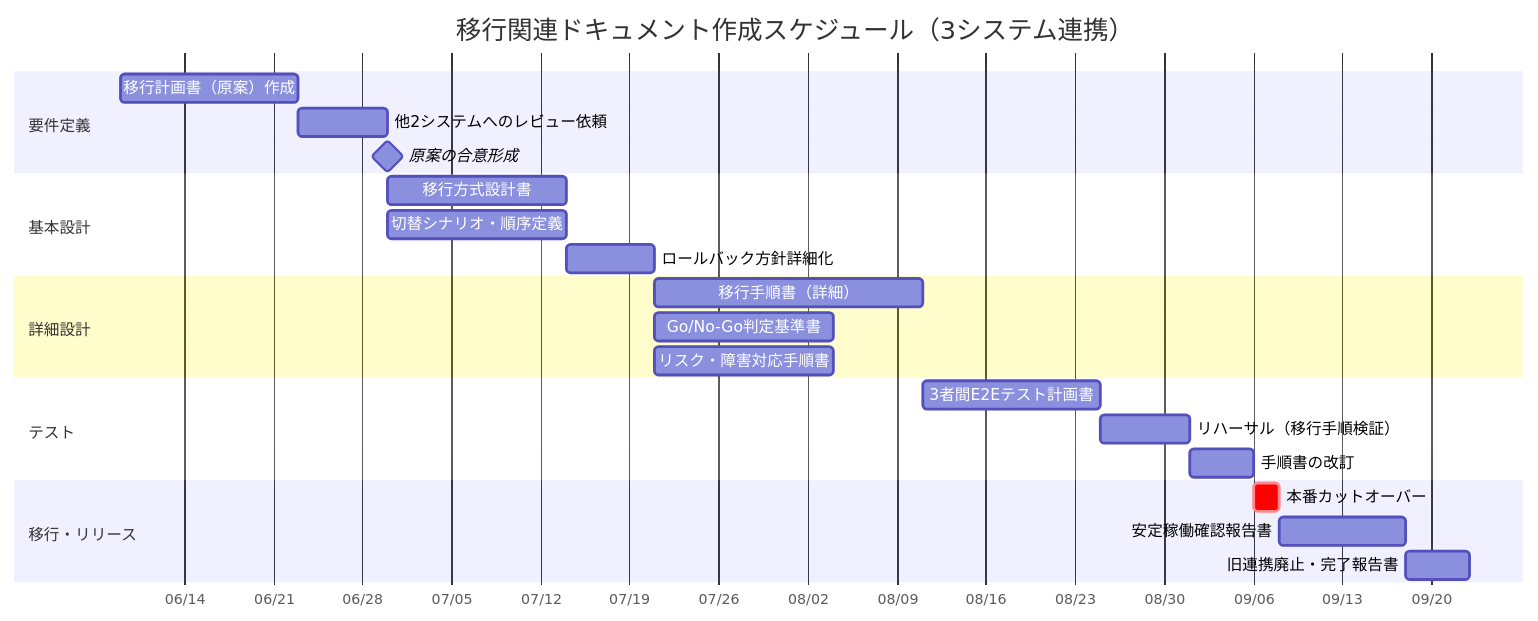
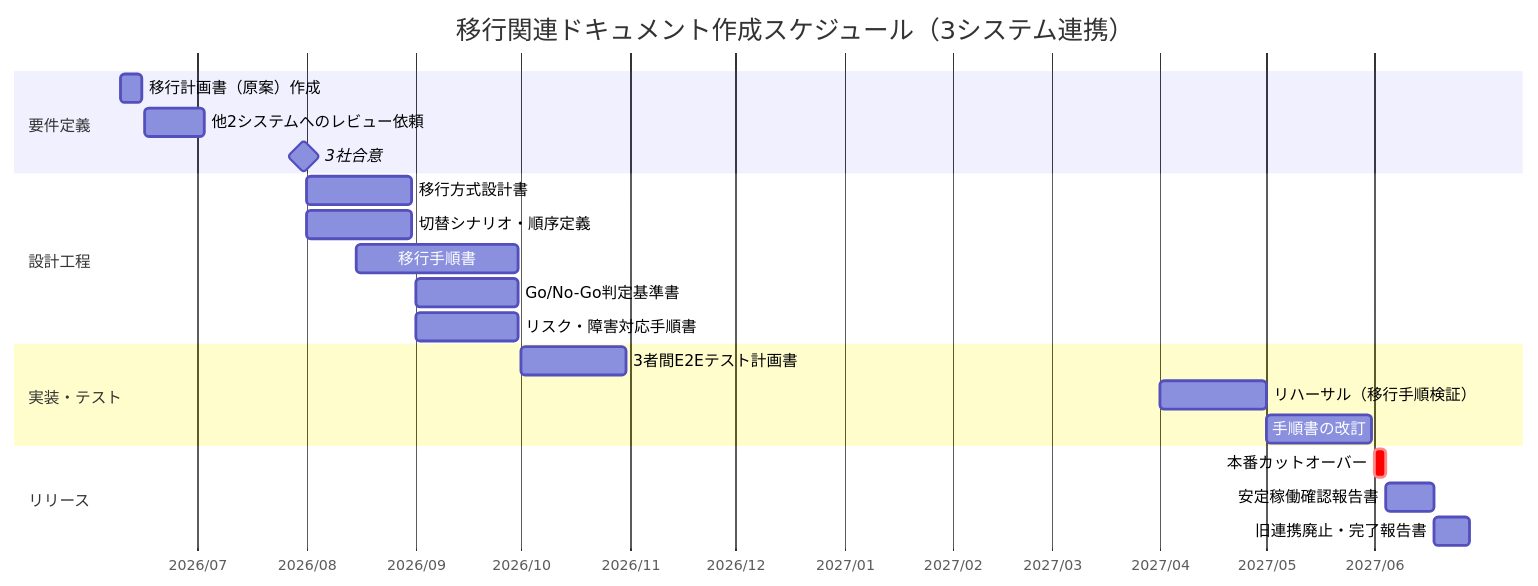
The diagram in schedule.md (d928d928/static-page), drawn with Mermaid before and after one commit.

````diff
--- a/schedule.md
+++ b/schedule.md
@@ -3,31 +3,28 @@
 ```mermaid
 gantt
     title 移行関連ドキュメント作成スケジュール（3システム連携）
     dateFormat YYYY-MM-DD
-    axisFormat %m/%d
+    axisFormat %Y/%m
 
     section 要件定義
-    移行計画書（原案）作成 :a1, 2026-06-09, 14d
-    他2システムへのレビュー依頼 :a2, after a1, 7d
-    原案の合意形成 :milestone, m1, after a2, 0d
+    移行計画書（原案）作成 :a1, 2026-06-09, 2026-06-15
+    他2システムへのレビュー依頼 :a2, 2026-06-16, 2026-07-03
+    3社合意 :milestone, m1, 2026-07-31, 0d
 
-    section 基本設計
-    移行方式設計書 :b1, after a2, 14d
-    切替シナリオ・順序定義 :b2, after a2, 14d
-    ロールバック方針詳細化 :b3, after b1, 7d
+    section 設計工程
+    移行方式設計書 :b1, 2026-08-01, 30d
+    切替シナリオ・順序定義 :b2, 2026-08-01, 30d
+    移行手順書 :b3, 2026-08-15, 2026-09-30
+    Go/No-Go判定基準書 :b4, 2026-09-01, 2026-09-30
+    リスク・障害対応手順書 :b5, 2026-09-01, 2026-09-30
 
-    section 詳細設計
-    移行手順書（詳細） :c1, after b3, 21d
-    Go/No-Go判定基準書 :c2, after b3, 14d
-    リスク・障害対応手順書 :c3, after b3, 14d
+    section 実装・テスト
+    3者間E2Eテスト計画書 :c1, 2026-10-01, 30d
+    リハーサル（移行手順検証） :c2, 2027-04-01, 30d
+    手順書の改訂 :c3, 2027-05-01, 2027-05-31
 
-    section テスト
-    3者間E2Eテスト計画書 :d1, after c1, 14d
-    リハーサル（移行手順検証） :d2, after d1, 7d
-    手順書の改訂 :d3, after d2, 5d
-
-    section 移行・リリース
-    本番カットオーバー :crit, e1, after d3, 2d
-    安定稼働確認報告書 :e2, after e1, 10d
-    旧連携廃止・完了報告書 :e3, after e2, 5d
+    section リリース
+    本番カットオーバー :crit, d1, 2027-06-01, 3d
+    安定稼働確認報告書 :d2, 2027-06-04, 14d
+    旧連携廃止・完了報告書 :d3, 2027-06-18, 10d
 ```
````
